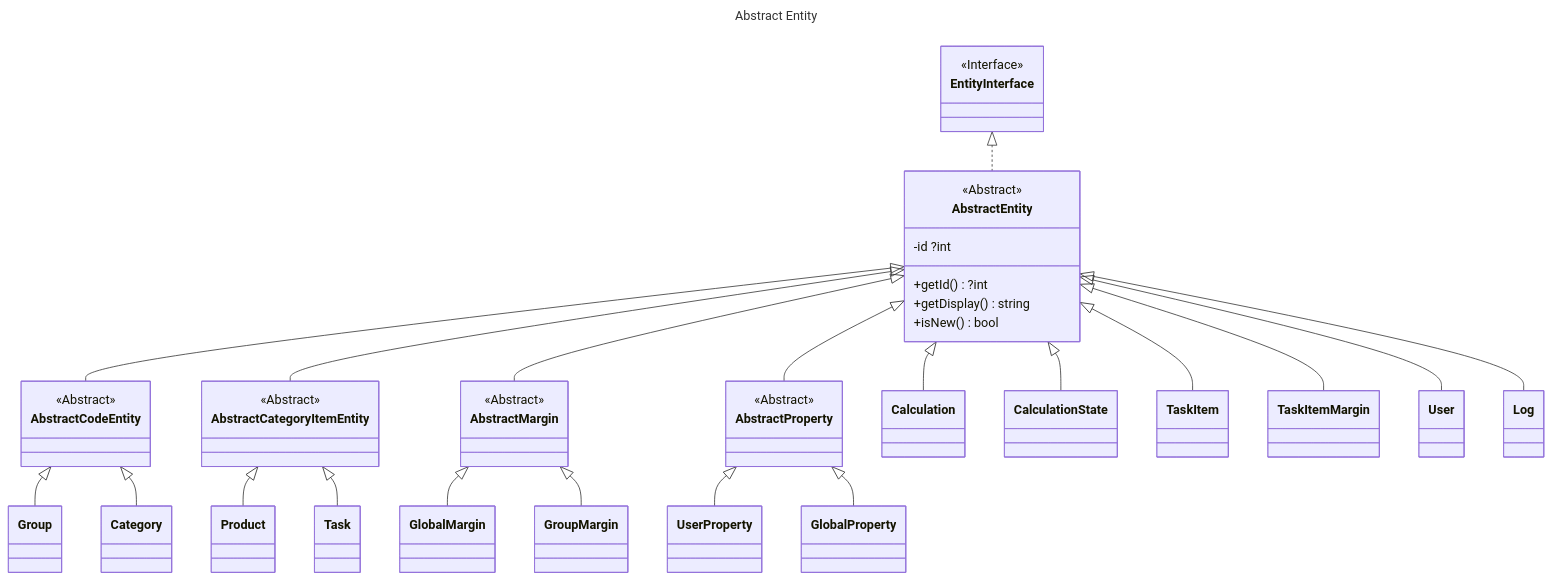
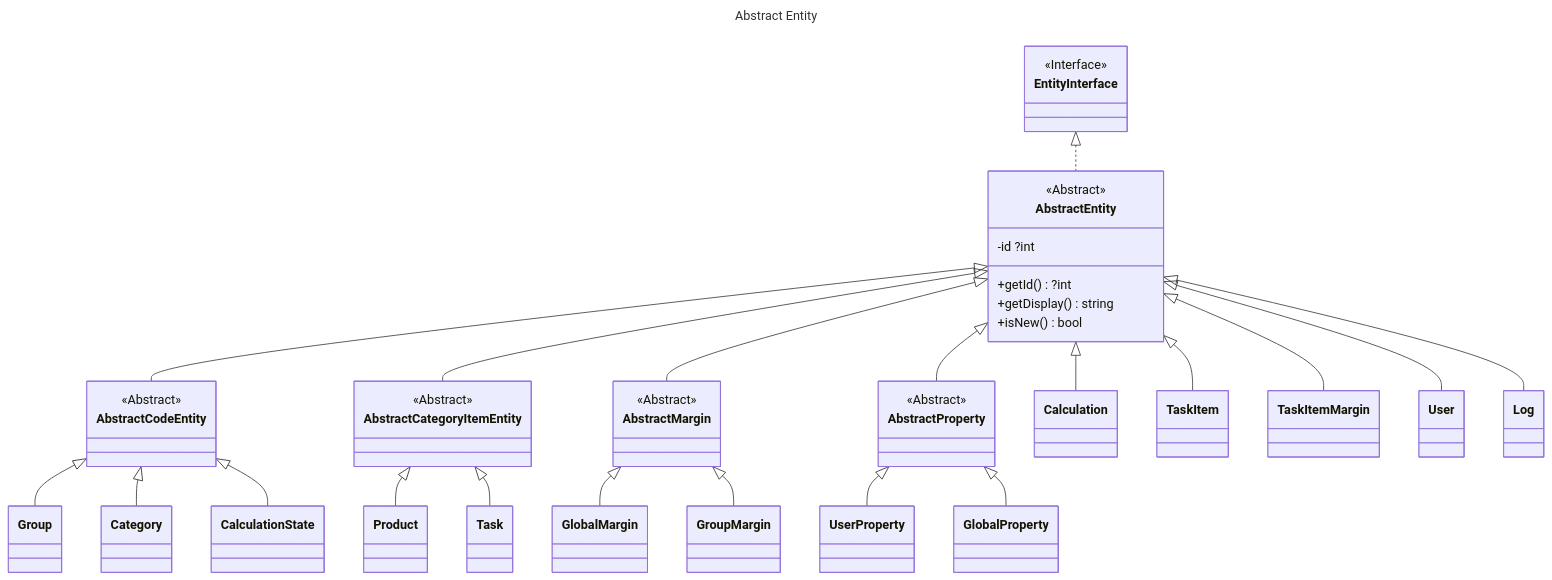
The diagram in resources/diagrams/abstract_entity.mmd (laurentmuller/calculation), drawn with Mermaid before and after one commit. The commit also changed 20 other files, not shown here.

Commit message:
Updated diagram script.

```diff
--- a/resources/diagrams/abstract_entity.mmd
+++ b/resources/diagrams/abstract_entity.mmd
@@ -1,76 +1,77 @@
 ---
 title: Abstract Entity
 ---
 classDiagram
     direction TB
 
     class EntityInterface {
         <<Interface>>
     }
 
     class AbstractEntity {
         <<Abstract>>
         -id ?int
         +getId() ?int
         +getDisplay() string
         +isNew() bool
     }
 
     class AbstractCodeEntity {
         <<Abstract>>
     }
 
     class AbstractCategoryItemEntity {
         <<Abstract>>
     }
 
     class AbstractProperty {
         <<Abstract>>
     }
 
     class AbstractMargin {
         <<Abstract>>
     }
 
     EntityInterface <|.. AbstractEntity
 
     AbstractEntity <|-- AbstractCodeEntity
     AbstractEntity <|-- AbstractCategoryItemEntity
     AbstractEntity <|-- AbstractMargin
     AbstractEntity <|-- AbstractProperty
     AbstractEntity <|-- Calculation
-    AbstractEntity <|-- CalculationState
     AbstractEntity <|-- TaskItem
     AbstractEntity <|-- TaskItemMargin
     AbstractEntity <|-- User
     AbstractEntity <|-- Log
 
     AbstractCodeEntity <|-- Group
     AbstractCodeEntity <|-- Category
+    AbstractCodeEntity <|-- CalculationState
 
     AbstractCategoryItemEntity <|-- Product
     AbstractCategoryItemEntity <|-- Task
 
     AbstractProperty <|-- UserProperty
     AbstractProperty <|-- GlobalProperty
 
     AbstractMargin <|-- GlobalMargin
     AbstractMargin <|-- GroupMargin
 
     click EntityInterface call nodeCallback()
     click AbstractCodeEntity call nodeCallback()
     click AbstractCategoryItemEntity call nodeCallback()
     click AbstractMargin call nodeCallback()
     click AbstractProperty call nodeCallback()
     click Calculation call nodeCallback()
-    click CalculationState call nodeCallback()
+
     click User call nodeCallback()
     click Log call nodeCallback()
 
     click Group call nodeCallback()
     click Category call nodeCallback()
+    click CalculationState call nodeCallback()
 
     click Product call nodeCallback()
     click Task call nodeCallback()
 
     click GlobalMargin call nodeCallback()
```
